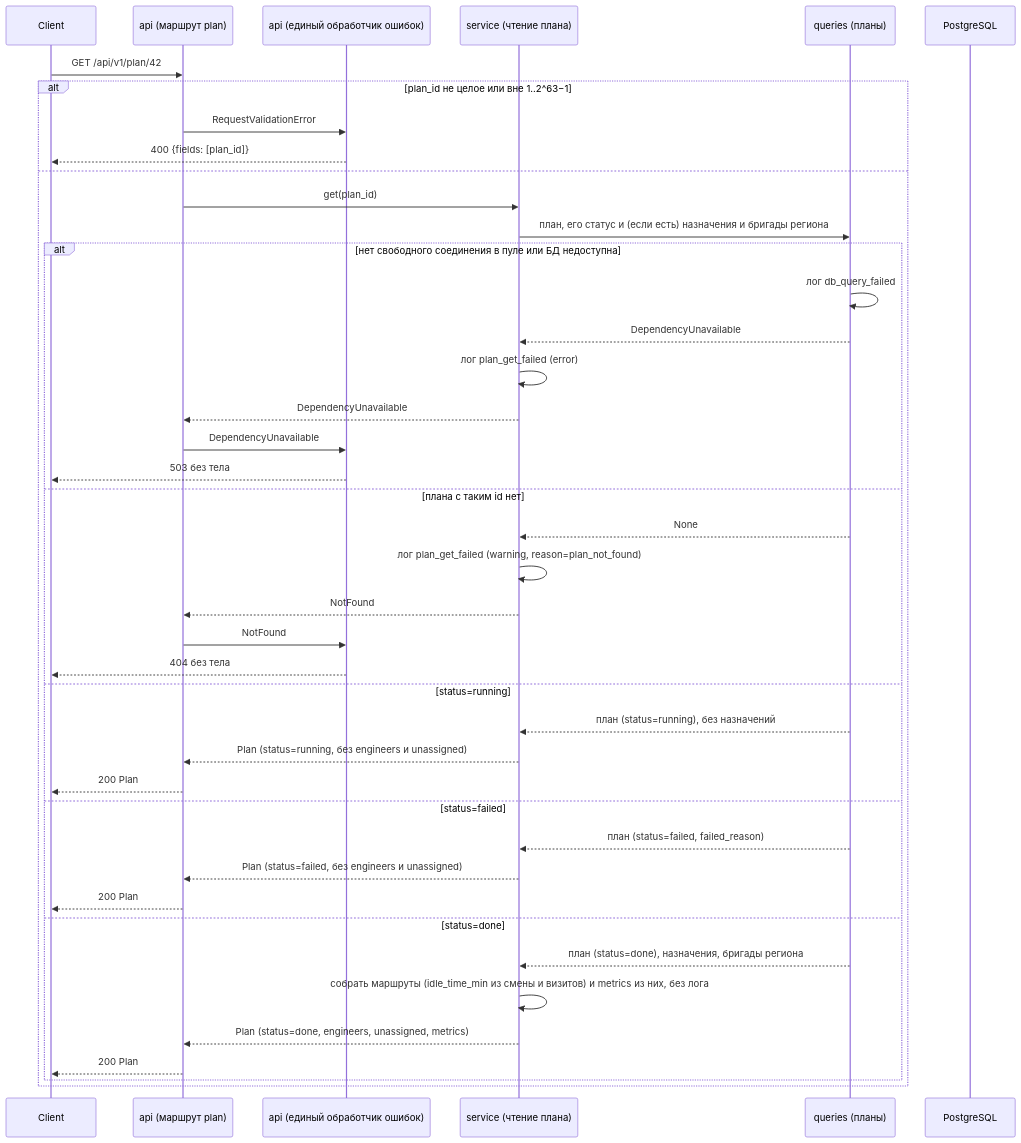
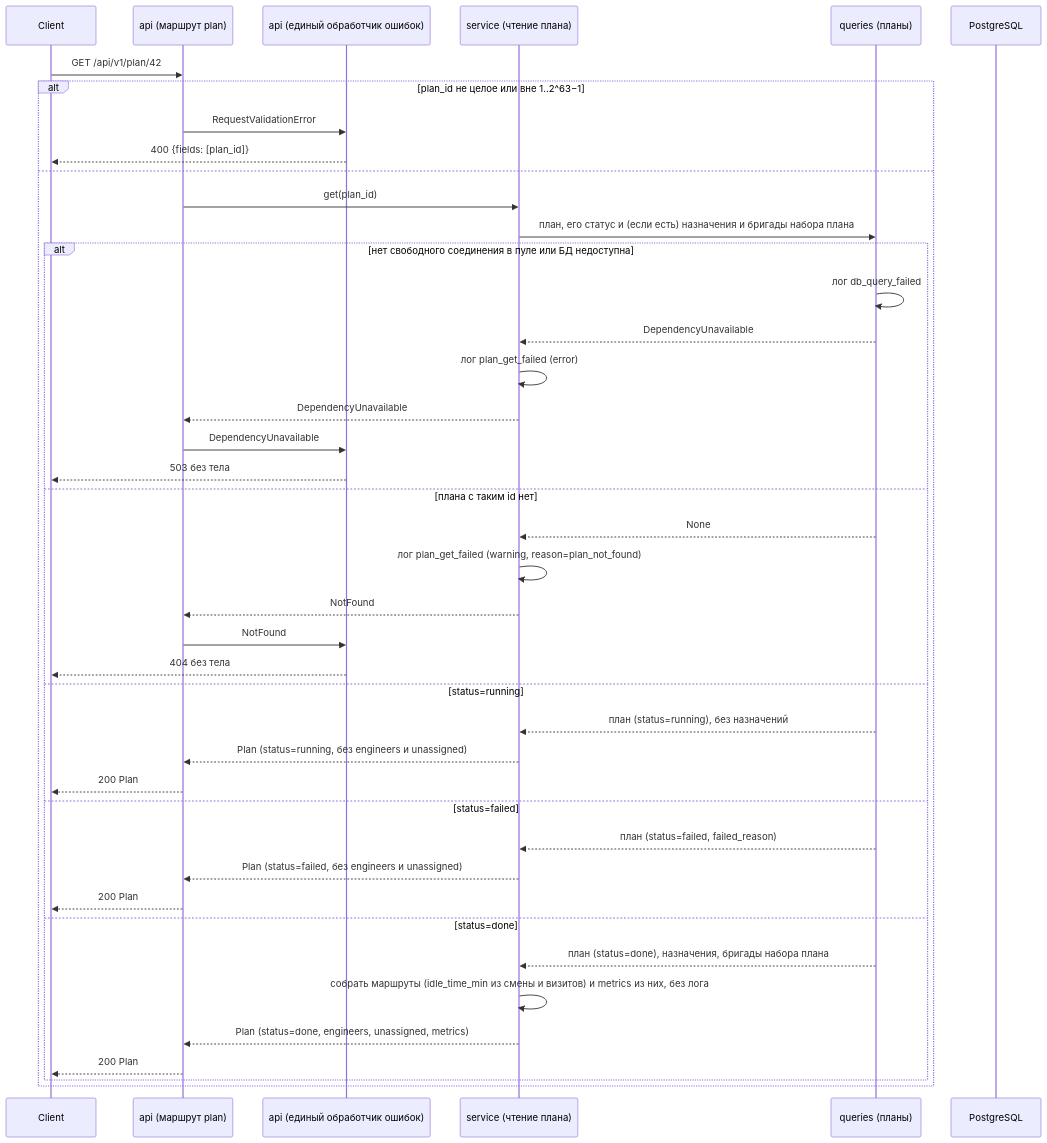
Diagram 13 of 15 in back/src/api/routes/sequence_diagrams.md (vseminoy/engineer_route_plan), drawn with Mermaid before and after one commit. The commit also changed other lines of this file and 1 other file, not shown here.

Commit message:
chore(cloud): changeset 18 checkpoint — sequence diagrams (step 5), pending approval

````diff
--- a/back/src/api/routes/sequence_diagrams.md
+++ b/back/src/api/routes/sequence_diagrams.md
@@ -584,45 +858,45 @@
 ```mermaid
 sequenceDiagram
     participant Client
     participant API as api (маршрут plan)
     participant H as api (единый обработчик ошибок)
     participant Svc as service (чтение плана)
     participant PlanRepo as queries (планы)
     participant DB as PostgreSQL
 
     Client->>API: GET /api/v1/plan/42
     alt plan_id не целое или вне 1..2^63−1
         API->>H: RequestValidationError
         H-->>Client: 400 {fields: [plan_id]}
     else
         API->>Svc: get(plan_id)
-        Svc->>PlanRepo: план, его статус и (если есть) назначения и бригады региона
+        Svc->>PlanRepo: план, его статус и (если есть) назначения и бригады набора плана
         alt нет свободного соединения в пуле или БД недоступна
             PlanRepo->>PlanRepo: лог db_query_failed
             PlanRepo-->>Svc: DependencyUnavailable
             Svc->>Svc: лог plan_get_failed (error)
             Svc-->>API: DependencyUnavailable
             API->>H: DependencyUnavailable
             H-->>Client: 503 без тела
         else плана с таким id нет
             PlanRepo-->>Svc: None
             Svc->>Svc: лог plan_get_failed (warning, reason=plan_not_found)
             Svc-->>API: NotFound
             API->>H: NotFound
             H-->>Client: 404 без тела
         else status=running
             PlanRepo-->>Svc: план (status=running), без назначений
             Svc-->>API: Plan (status=running, без engineers и unassigned)
             API-->>Client: 200 Plan
         else status=failed
             PlanRepo-->>Svc: план (status=failed, failed_reason)
             Svc-->>API: Plan (status=failed, без engineers и unassigned)
             API-->>Client: 200 Plan
         else status=done
-            PlanRepo-->>Svc: план (status=done), назначения, бригады региона
+            PlanRepo-->>Svc: план (status=done), назначения, бригады набора плана
             Svc->>Svc: собрать маршруты (idle_time_min из смены и визитов) и metrics из них, без лога
             Svc-->>API: Plan (status=done, engineers, unassigned, metrics)
             API-->>Client: 200 Plan
         end
     end
 ```
````
